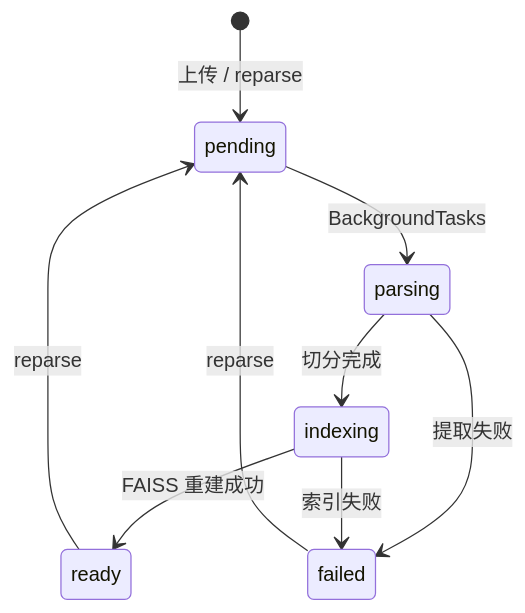
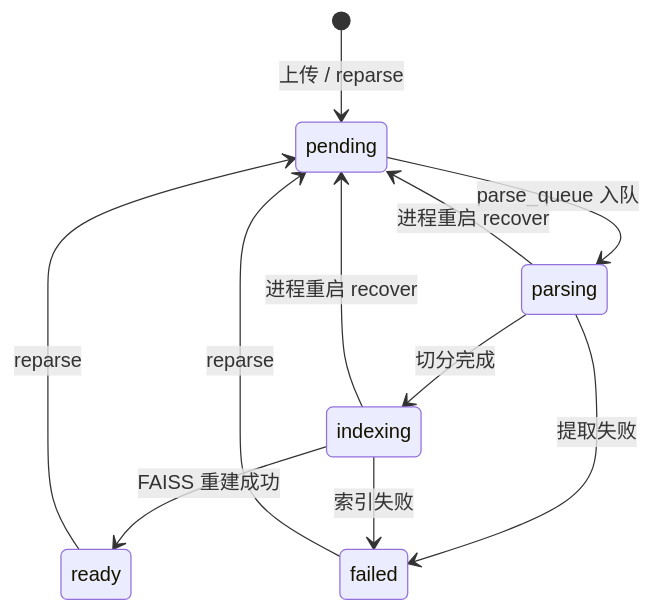
The second of 5 diagrams in docs/DIAGRAMS.md (chenscDev/docs-agent-server), drawn with Mermaid before and after one commit. The commit also changed 11 other files, not shown here.

````diff
--- a/docs/DIAGRAMS.md
+++ b/docs/DIAGRAMS.md
@@ -25,11 +25,13 @@
 ```mermaid
 stateDiagram-v2
   [*] --> pending: 上传 / reparse
-  pending --> parsing: BackgroundTasks
+  pending --> parsing: parse_queue 入队
   parsing --> indexing: 切分完成
   indexing --> ready: FAISS 重建成功
   parsing --> failed: 提取失败
   indexing --> failed: 索引失败
   failed --> pending: reparse
   ready --> pending: reparse
+  parsing --> pending: 进程重启 recover
+  indexing --> pending: 进程重启 recover
 ```
````
